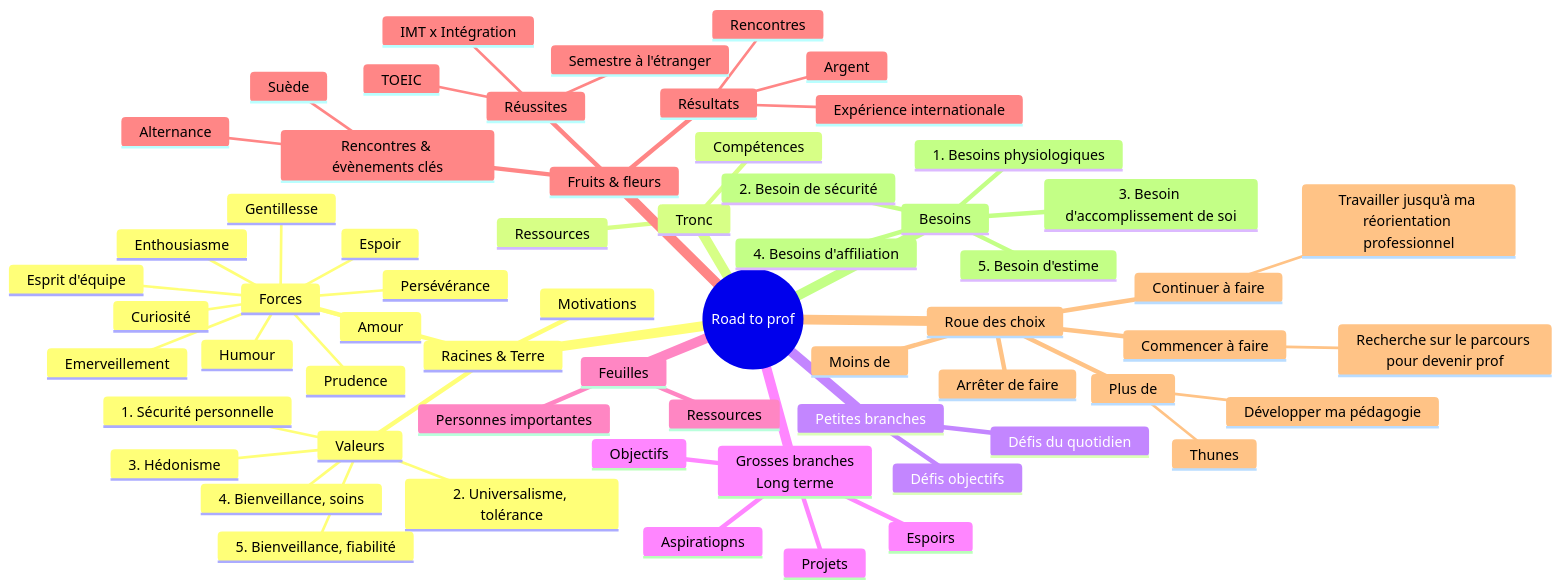
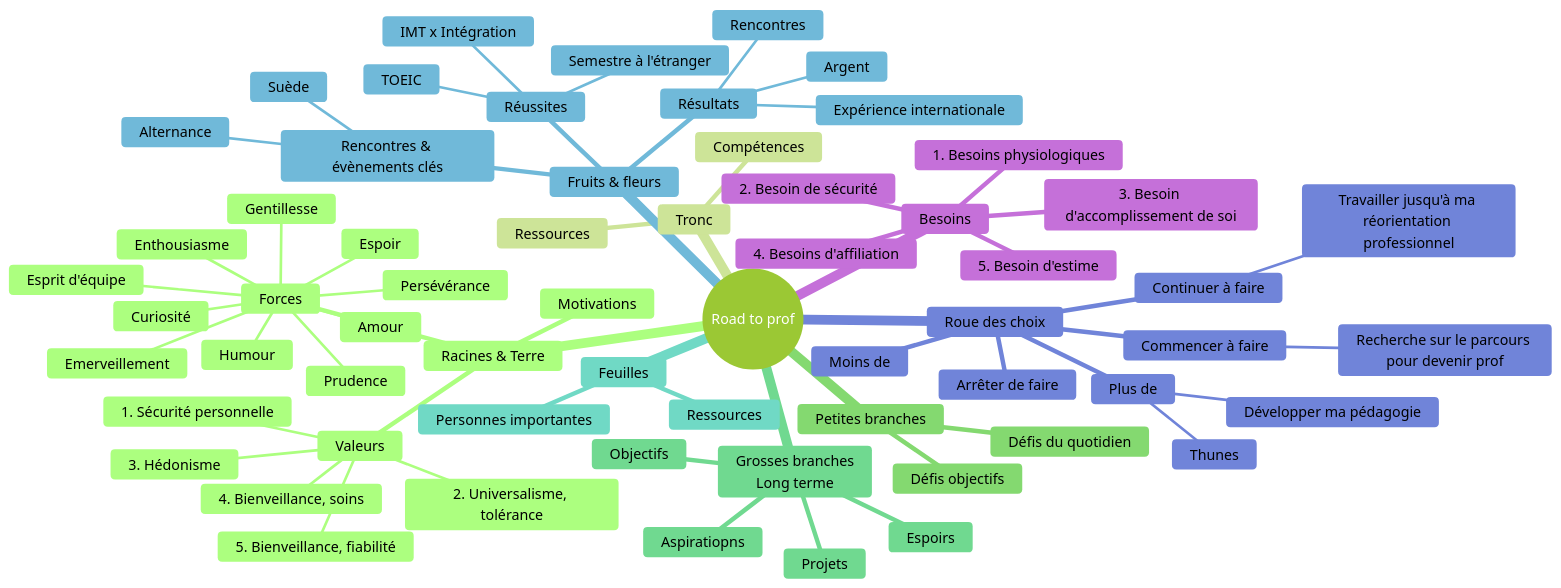
The diagram in DPPA - DEVELOPPEMENT PERSONNEL/projet.md (Cessouille/-EMA-A2-COURS), drawn with Mermaid before and after one commit.

Commit message:
update theme

````diff
--- a/DPPA - DEVELOPPEMENT PERSONNEL/projet.md
+++ b/DPPA - DEVELOPPEMENT PERSONNEL/projet.md
@@ -1,65 +1,66 @@
 ```mermaid
+%%{init: {'theme':'forest'}}%%
 mindmap
   root((Road to prof))
     Racines & Terre
         Forces
             Curiosité
             Emerveillement
             Espoir
             Humour
             Esprit d'équipe
             Prudence
             Enthousiasme
             Persévérance
             Gentillesse
             Amour
         Motivations
         Valeurs
             1. Sécurité personnelle
             2. Universalisme, tolérance
             3. Hédonisme
             4. Bienveillance, soins
             5. Bienveillance, fiabilité
     Tronc
         Compétences
         Ressources
     Petites branches
         Défis objectifs
         Défis du quotidien
     Grosses branches<br/>Long terme
         Objectifs
         Aspiratiopns
         Espoirs
         Projets
     Feuilles
         Personnes importantes
         Ressources
     Fruits & fleurs
         Réussites
             IMT x Intégration
             Semestre à l'étranger
             TOEIC
         Résultats
             Expérience internationale
             Rencontres
             Argent
         Rencontres & évènements clés
             Suède
             Alternance
     Roue des choix
         Commencer à faire
             Recherche sur le parcours pour devenir prof
         Continuer à faire
             Travailler jusqu'à ma réorientation professionnel
         Arrêter de faire
         Plus de
             Développer ma pédagogie
             Thunes
         Moins de
     Besoins
         1. Besoins physiologiques
         2. Besoin de sécurité
         3. Besoin d'accomplissement de soi
         4. Besoins d'affiliation
         5. Besoin d'estime
 ```
````
